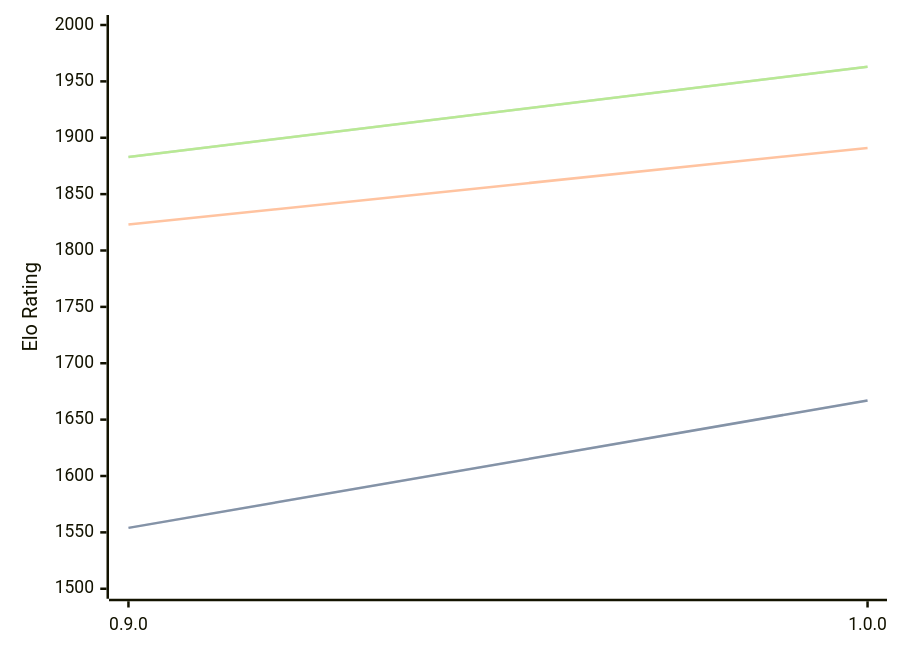
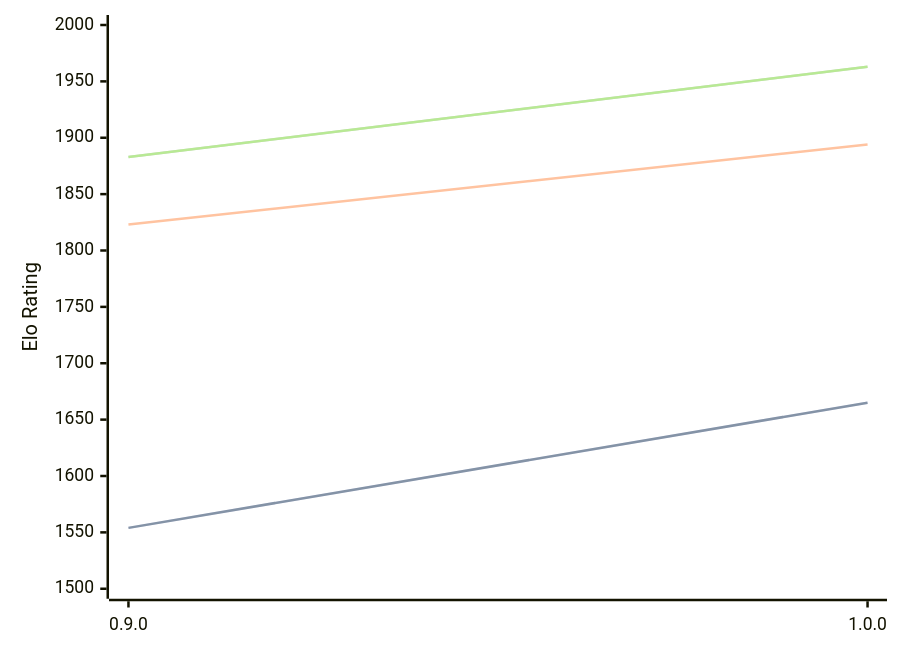
The diagram in engines/Ratsu.md (computer-chess-index/cci), drawn with Mermaid before and after one commit. The commit also changed other lines of this file, not shown here.

Commit message:
Update CCI Ratings (ELO VLTC) - 2026-03-21

````diff
--- a/engines/Ratsu.md
+++ b/engines/Ratsu.md
@@ -32,11 +32,11 @@
 ```mermaid
 %%{init: {"theme":"base","themeVariables":{"seriesColors:['#a3a3a3','#222221','#faa371']}}}%%
 xychart-beta
   x-axis ["0.9.0", "1.0.0"]
   y-axis "Elo Rating" 1500 --> 2000
-  line "STC (8.0+0.08s)" [1554, 1667]
-  line "STC (8.0+0.08s)" [1554, 1667]
-  line "LTC (60.0+0.60s)" [1823, 1891]
+  line "STC (8.0+0.08s)" [1554, 1665]
+  line "STC (8.0+0.08s)" [1554, 1665]
+  line "LTC (60.0+0.60s)" [1823, 1894]
   line "VLTC (2m24s+1.12s)" [1883, 1963]
   line "VLTC (2m24s+1.12s)" [1883, 1963]
 ```
````
